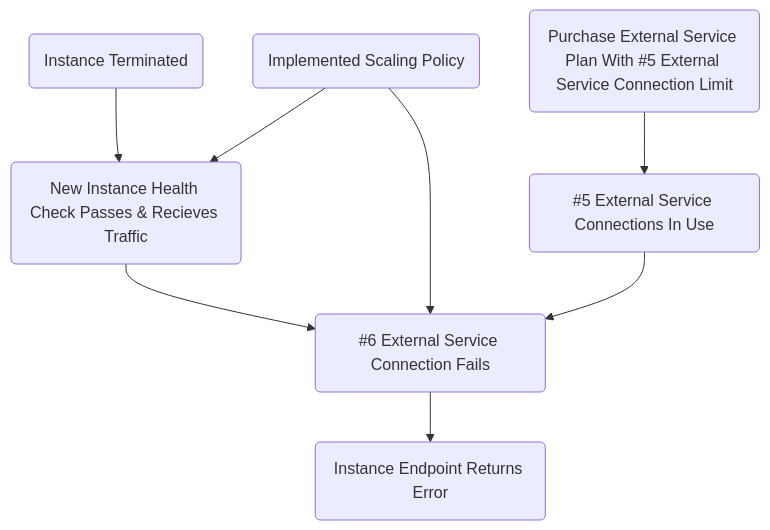
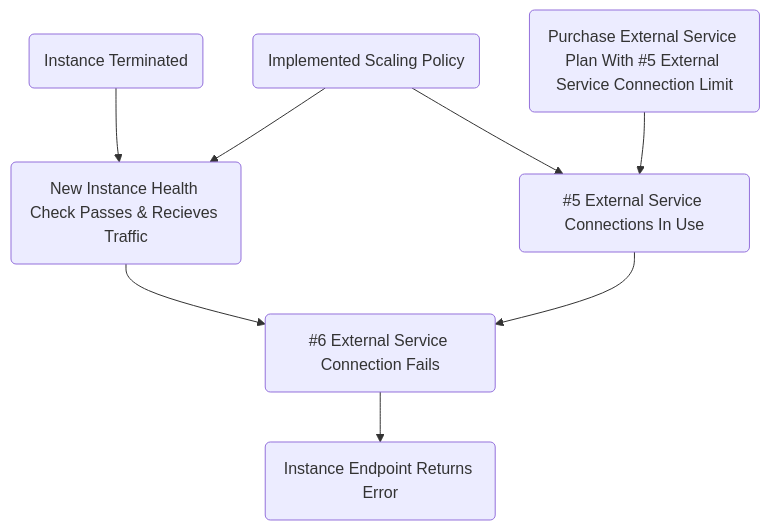
Before and after one commit to jamesmoriarty/jamesmoriarty.github.io: the diagram in content/post/causal-diagrams.md, drawn with Mermaid.

````diff
--- a/content/post/causal-diagrams.md
+++ b/content/post/causal-diagrams.md
@@ -19,17 +19,16 @@
 ```mermaid
 graph TD
   A(Instance Terminated)
   B(New Instance Health Check Passes & Recieves Traffic)
   C(#6 External Service Connection Fails)
   D(Instance Endpoint Returns Error)
+  F(#5 External Service Connections In Use)
+  G(Implemented Scaling Policy)
   E(Purchase External Service Plan With #5 External Service Connection Limit)
-  F(#5 External Service Connections In Use)
-  I(Implemented Scaling Policy)
 
-  
   A --> B --> C --> D
   E --> F
-  I --> B
-  I --> C
+  G --> B
+  G --> F
   F --> C
 ```
````
